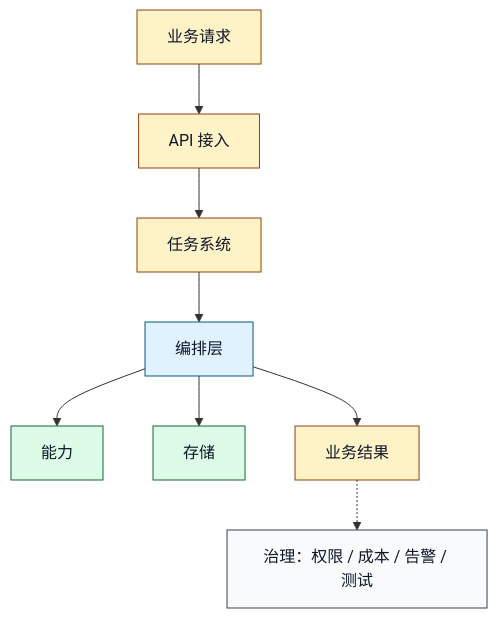
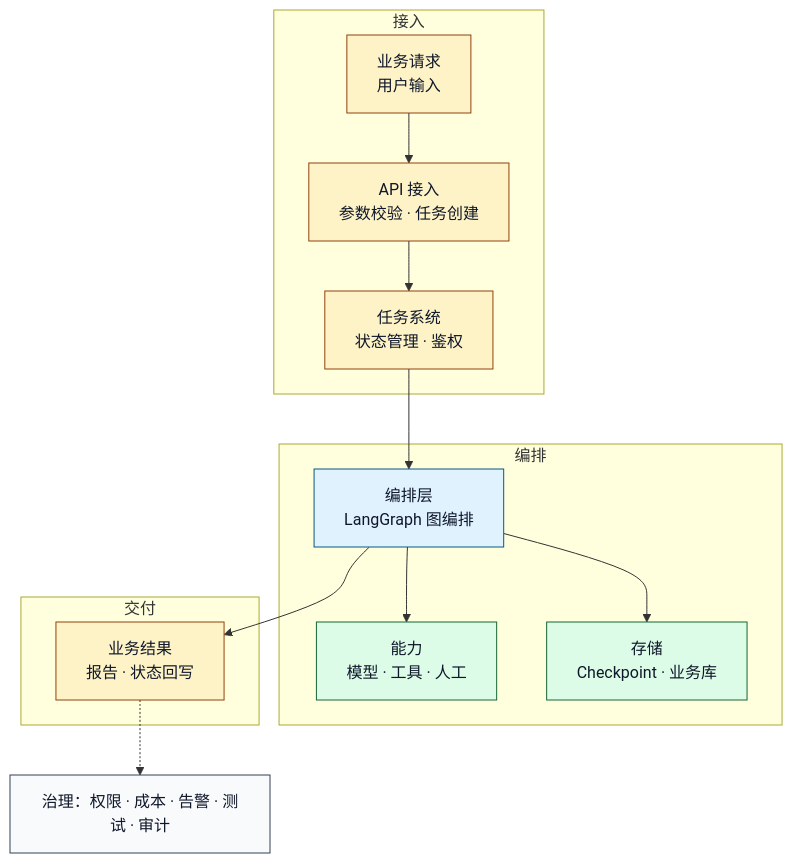
One commit to sealzrt/2026-08--agent changed diagram 13 of 13 in ai-agent学习/06.LangGraph入门/16.LangGraph业务落地项目架构.md. Above: the diagram before and after it, drawn with Mermaid. The commit also changed other lines of this file and 13 other files, not shown here.

````diff
--- a/ai-agent学习/06.LangGraph入门/16.LangGraph业务落地项目架构.md
+++ b/ai-agent学习/06.LangGraph入门/16.LangGraph业务落地项目架构.md
@@ -444,18 +498,31 @@
 ```mermaid
 flowchart TD
-    Req[业务请求] --> API[API 接入]
-    API --> Task[任务系统]
-    Task --> Orch[编排层]
-    Orch --> Cap[能力]
-    Orch --> Store[存储]
-    Orch --> Result[业务结果]
-    Result -.-> Gov[治理：权限 / 成本 / 告警 / 测试]
+    subgraph S1["接入"]
+        Req["业务请求<br/>用户输入"]
+        API["API 接入<br/>参数校验 · 任务创建"]
+        Task["任务系统<br/>状态管理 · 鉴权"]
+    end
+    subgraph S2["编排"]
+        Orch["编排层<br/>LangGraph 图编排"]
+        Cap["能力<br/>模型 · 工具 · 人工"]
+        Store["存储<br/>Checkpoint · 业务库"]
+    end
+    subgraph S3["交付"]
+        Result["业务结果<br/>报告 · 状态回写"]
+    end
+    Req --> API
+    API --> Task
+    Task --> Orch
+    Orch --> Cap
+    Orch --> Store
+    Orch --> Result
+    Result -.-> Gov["治理：权限 · 成本 · 告警 · 测试 · 审计"]
     classDef biz fill:#fef3c7,stroke:#92400e,color:#0f172a
     classDef core fill:#e0f2fe,stroke:#075985,color:#0f172a
     classDef cap fill:#dcfce7,stroke:#166534,color:#0f172a
     classDef neutral fill:#f8fafc,stroke:#334155,color:#0f172a
     class Req,API,Task,Result biz
     class Orch core
     class Cap,Store cap
     class Gov neutral
 ```
````
